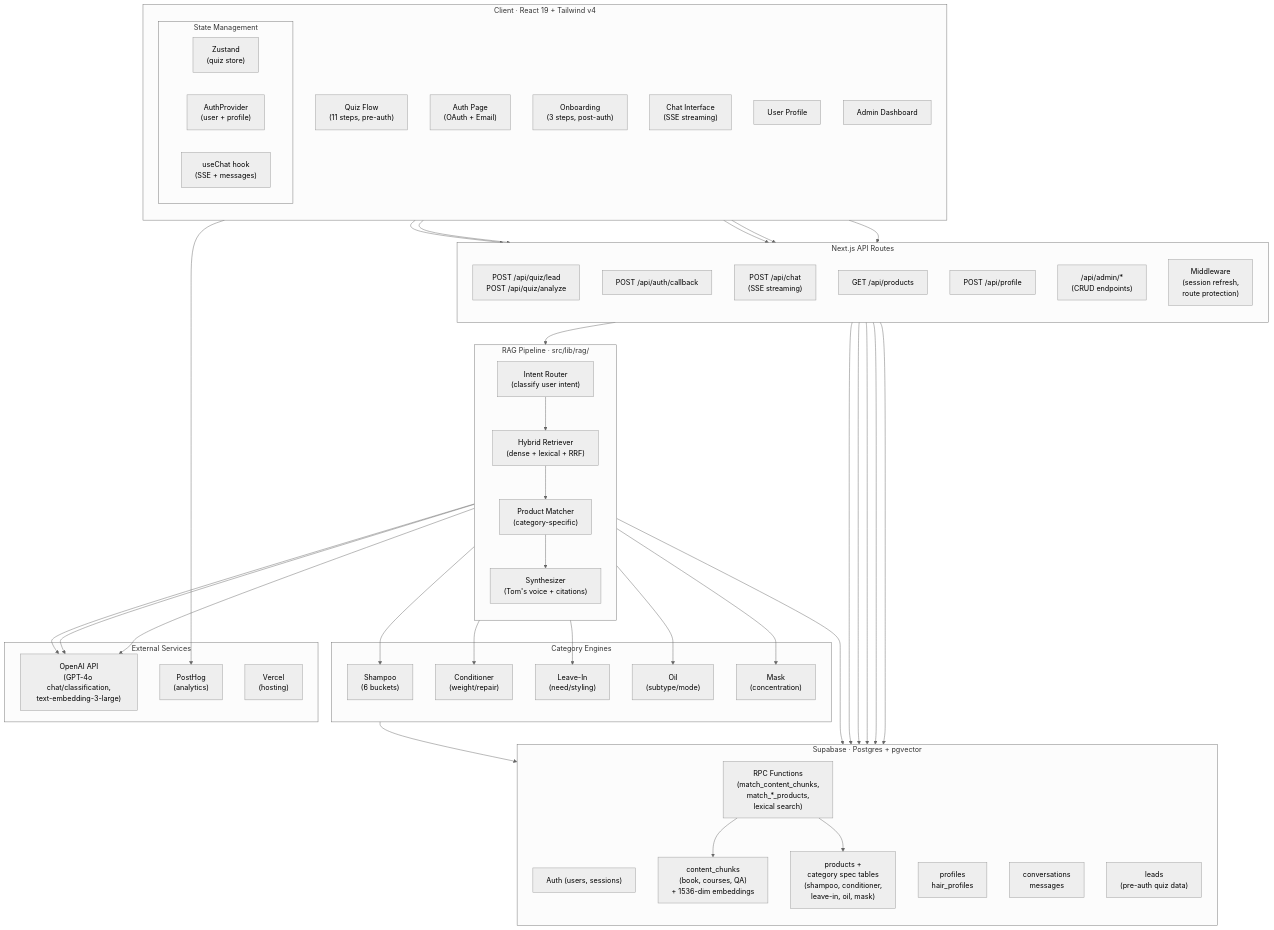
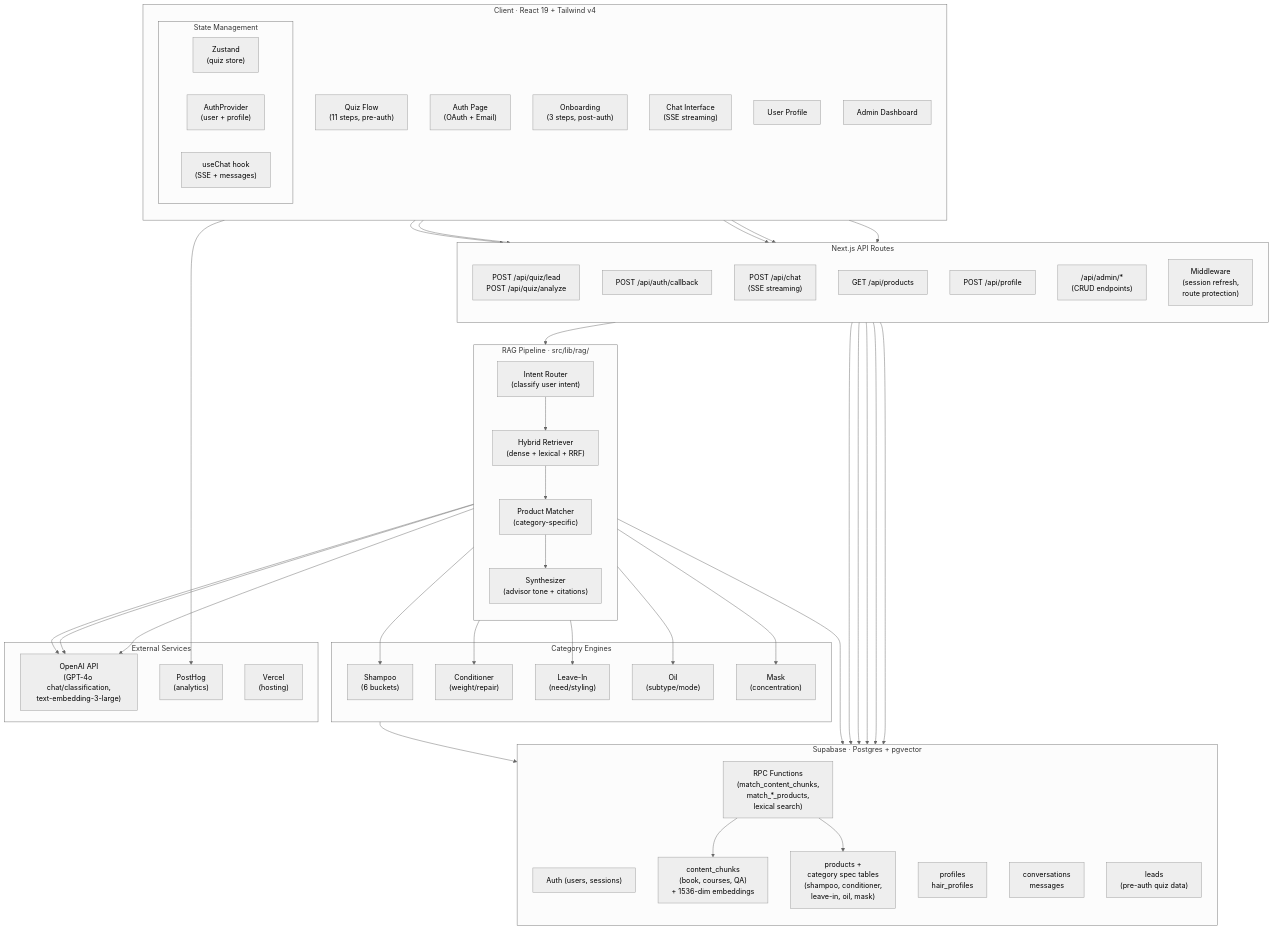
Before and after one commit to NickRuppy/hair_concierge: the first of 4 diagrams in OVERVIEW.md, drawn with Mermaid (neutral theme). The commit also changed other lines of this file and 48 other files, not shown here.

```diff
--- a/OVERVIEW.md
+++ b/OVERVIEW.md
@@ -60,7 +60,7 @@
         Router["Intent Router<br/>(classify user intent)"]
         Retriever["Hybrid Retriever<br/>(dense + lexical + RRF)"]
         ProductMatcher["Product Matcher<br/>(category-specific)"]
-        Synthesizer["Synthesizer<br/>(Tom's voice + citations)"]
+        Synthesizer["Synthesizer<br/>(advisor tone + citations)"]
 
         Router --> Retriever
         Retriever --> ProductMatcher
```
